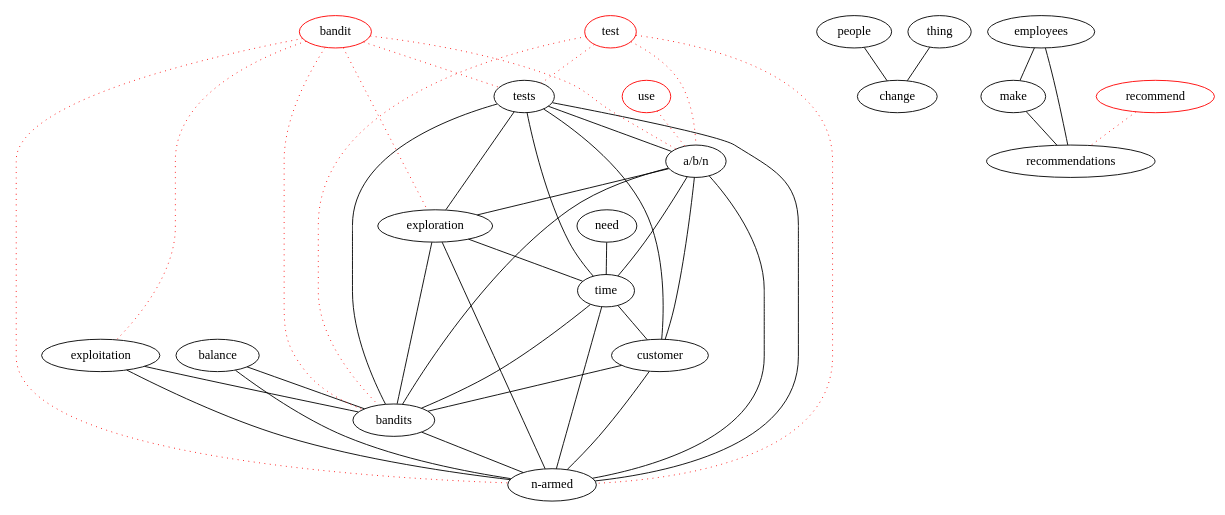
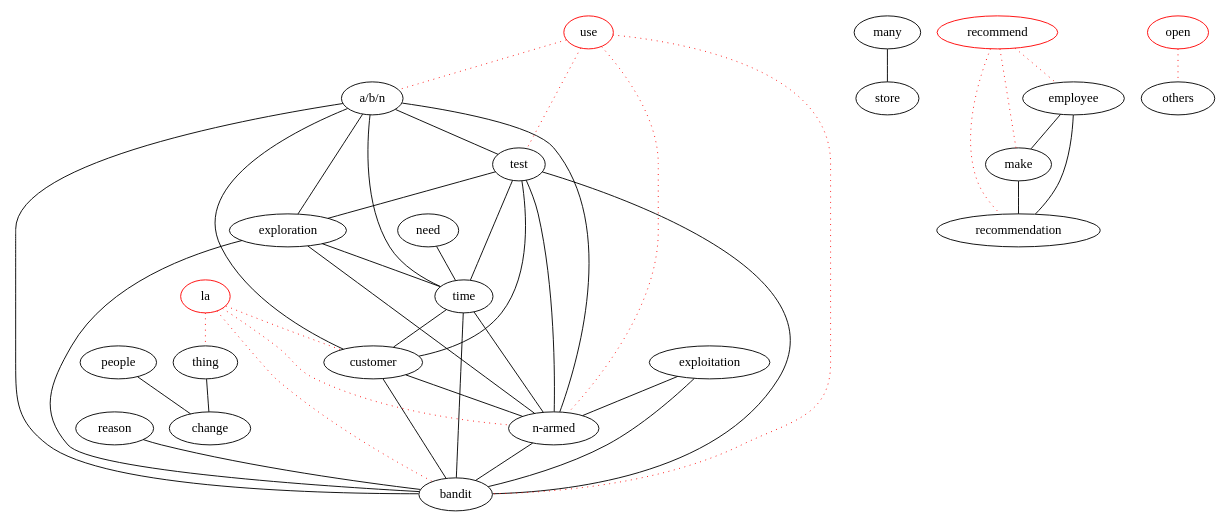
Before and after one commit to michaelweiss/keygraph: the diagram in dot/actions.dot, drawn with Graphviz. The commit also changed 6 other files, not shown here.

```diff
--- a/dot/actions.dot
+++ b/dot/actions.dot
@@ -1,65 +1,67 @@
 graph keygraph {
 graph [size="10,10"]
+people [color="black"]
+"n-armed" [color="black"]
+thing [color="black"]
+store [color="black"]
+many [color="black"]
+test [color="black"]
+exploration [color="black"]
+time [color="black"]
+make [color="black"]
+change [color="black"]
 "a/b/n" [color="black"]
-people [color="black"]
-time [color="black"]
-change [color="black"]
-employees [color="black"]
-thing [color="black"]
+need [color="black"]
+bandit [color="black"]
+reason [color="black"]
 exploitation [color="black"]
-make [color="black"]
-exploration [color="black"]
-balance [color="black"]
-need [color="black"]
-"n-armed" [color="black"]
+recommendation [color="black"]
+employee [color="black"]
 customer [color="black"]
-recommendations [color="black"]
-bandits [color="black"]
-tests [color="black"]
+recommend [color="red"]
 use [color="red"]
-bandit [color="red"]
-recommend [color="red"]
-test [color="red"]
-balance--bandits
-balance--"n-armed"
-employees--make
-employees--recommendations
-make--recommendations
-tests--exploration
-tests--time
-tests--customer
+open [color="red"]
+la [color="red"]
+reason--bandit
+employee--make
+employee--recommendation
+make--recommendation
+many--store
 "a/b/n"--exploration
 "a/b/n"--time
 "a/b/n"--customer
+test--exploration
+test--time
+test--customer
 people--change
 exploration--time
 need--time
-time--bandits
 time--"n-armed"
-customer--bandits
+time--bandit
 customer--"n-armed"
+customer--bandit
+exploitation--"n-armed"
+exploitation--bandit
 thing--change
-exploitation--bandits
-exploitation--"n-armed"
-exploration--bandits
 exploration--"n-armed"
+exploration--bandit
 time--customer
-tests--"a/b/n"
-tests--bandits
-tests--"n-armed"
-"a/b/n"--bandits
 "a/b/n"--"n-armed"
-bandits--"n-armed"
-recommend--recommendations [color="red", style="dotted"]
+"a/b/n"--bandit
+test--"n-armed"
+test--bandit
+"a/b/n"--test
+"n-armed"--bandit
+la--customer [color="red", style="dotted"]
+recommend--employee [color="red", style="dotted"]
+recommend--make [color="red", style="dotted"]
+use--"n-armed" [color="red", style="dotted"]
+use--bandit [color="red", style="dotted"]
+open--others [color="red", style="dotted"]
 use--"a/b/n" [color="red", style="dotted"]
-bandit--exploitation [color="red", style="dotted"]
-bandit--exploration [color="red", style="dotted"]
-test--tests [color="red", style="dotted"]
-test--bandits [color="red", style="dotted"]
-test--"n-armed" [color="red", style="dotted"]
-bandit--tests [color="red", style="dotted"]
-bandit--"a/b/n" [color="red", style="dotted"]
-test--"a/b/n" [color="red", style="dotted"]
-bandit--bandits [color="red", style="dotted"]
-bandit--"n-armed" [color="red", style="dotted"]
+use--test [color="red", style="dotted"]
+la--"n-armed" [color="red", style="dotted"]
+la--bandit [color="red", style="dotted"]
+recommend--recommendation [color="red", style="dotted"]
+la--thing [color="red", style="dotted"]
 }
```
